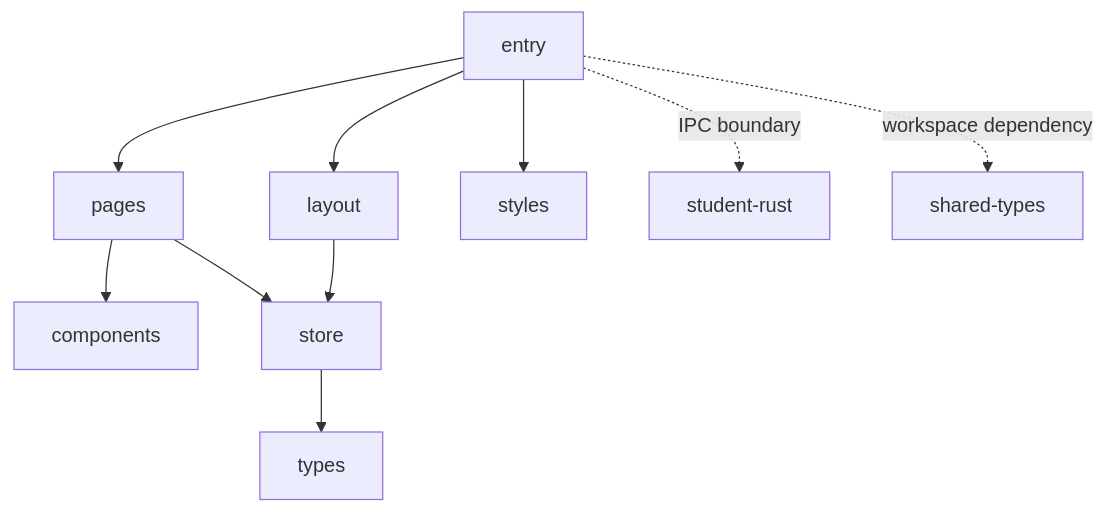
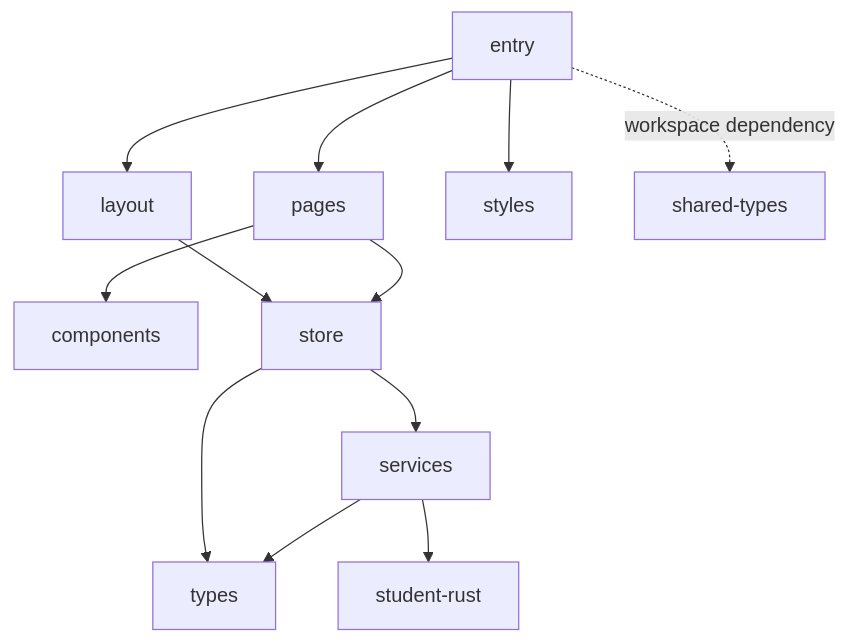
One commit to XiaoSong-dada/xs-examination changed the fourth of 5 diagrams in .copilot/project-dependency-map.md. Above: the diagram before and after it, drawn with Mermaid. The commit also changed other lines of this file and 2 other files, not shown here.

Commit message:
docs:获取本机ip拓扑图与最短链路

````diff
--- a/.copilot/project-dependency-map.md
+++ b/.copilot/project-dependency-map.md
@@ -369,22 +370,25 @@
 ```mermaid
 graph TD
     SMain[entry]
     SLayout[layout]
     SPages[pages]
     SComp[components]
+    SServices[services]
     SStore[store]
     STypes[types]
     SStyles[styles]
     StudentRS[student-rust]
     Shared[shared-types]
 
     SMain --> SLayout
     SMain --> SPages
     SMain --> SStyles
     SLayout --> SStore
     SPages --> SComp
     SPages --> SStore
+    SStore --> SServices
     SStore --> STypes
+    SServices --> STypes
+    SServices --> StudentRS
     SMain -. workspace dependency .-> Shared
-    SMain -. IPC boundary .-> StudentRS
 ```
````
